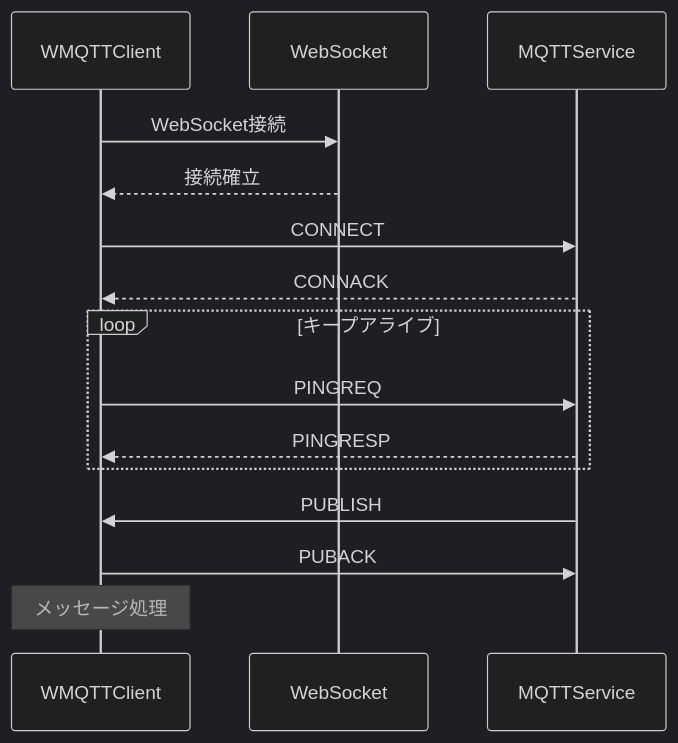
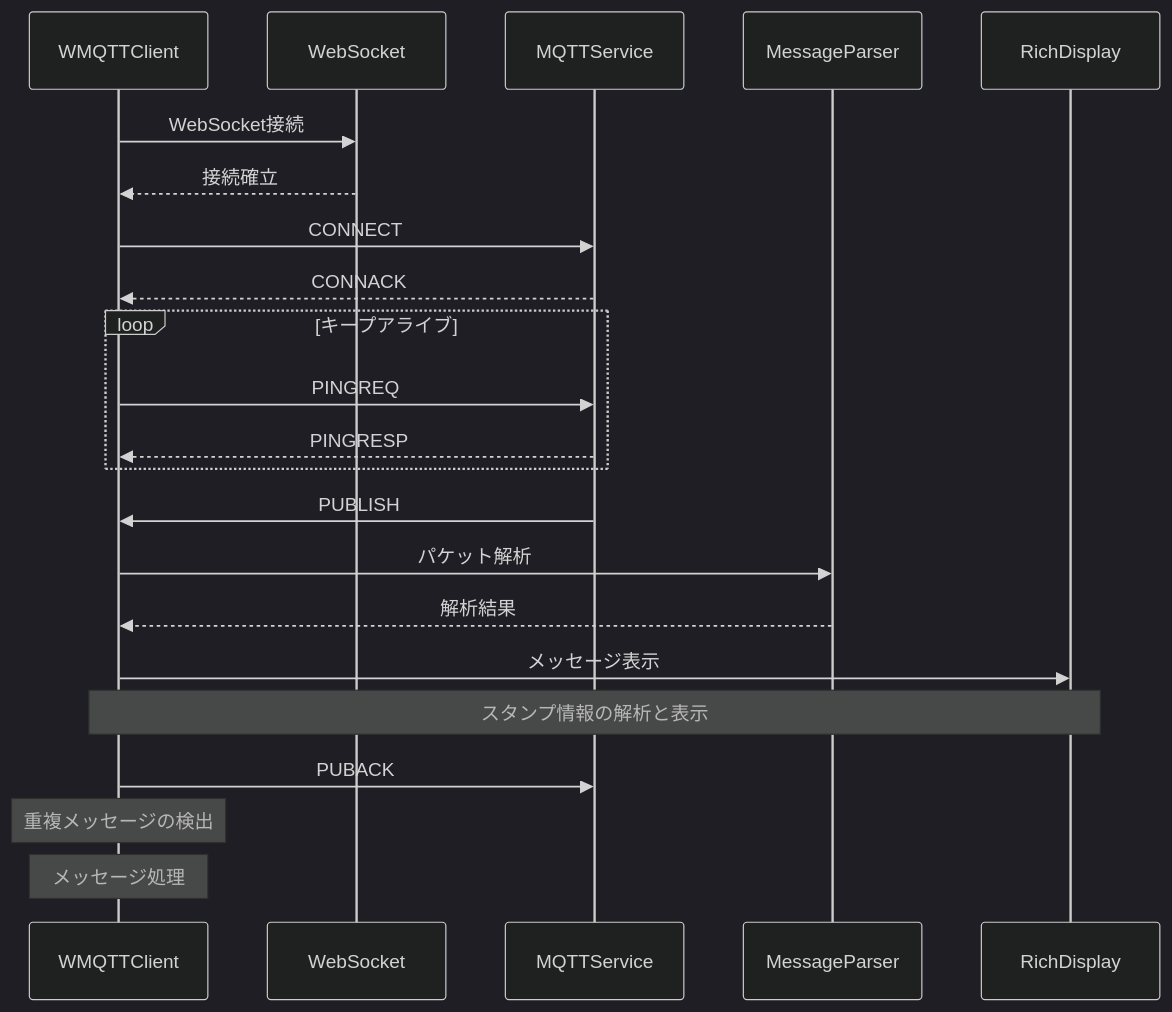
The third of 3 diagrams in STRUCTURE.md (nezumi0627/works-wss), drawn with Mermaid (dark theme) before and after one commit. The commit also changed other lines of this file and 22 other files, not shown here.

````diff
--- a/STRUCTURE.md
+++ b/STRUCTURE.md
@@ -160,21 +213,28 @@
 ```mermaid
 sequenceDiagram;
     participant Client as WMQTTClient;
     participant WebSocket;
     participant MQTT as MQTTService;
+    participant Parser as MessageParser;
+    participant Display as RichDisplay;
 
     Client->>WebSocket: WebSocket接続;
     WebSocket-->>Client: 接続確立;
     Client->>MQTT: CONNECT;
     MQTT-->>Client: CONNACK;
 
     loop キープアライブ
         Client->>MQTT: PINGREQ;
         MQTT-->>Client: PINGRESP;
     end
 
     MQTT->>Client: PUBLISH;
+    Client->>Parser: パケット解析;
+    Parser-->>Client: 解析結果;
+    Client->>Display: メッセージ表示;
+    Note over Client,Display: スタンプ情報の解析と表示;
     Client->>MQTT: PUBACK;
 
+    Note over Client: 重複メッセージの検出;
     Note over Client: メッセージ処理;
 ```
````
